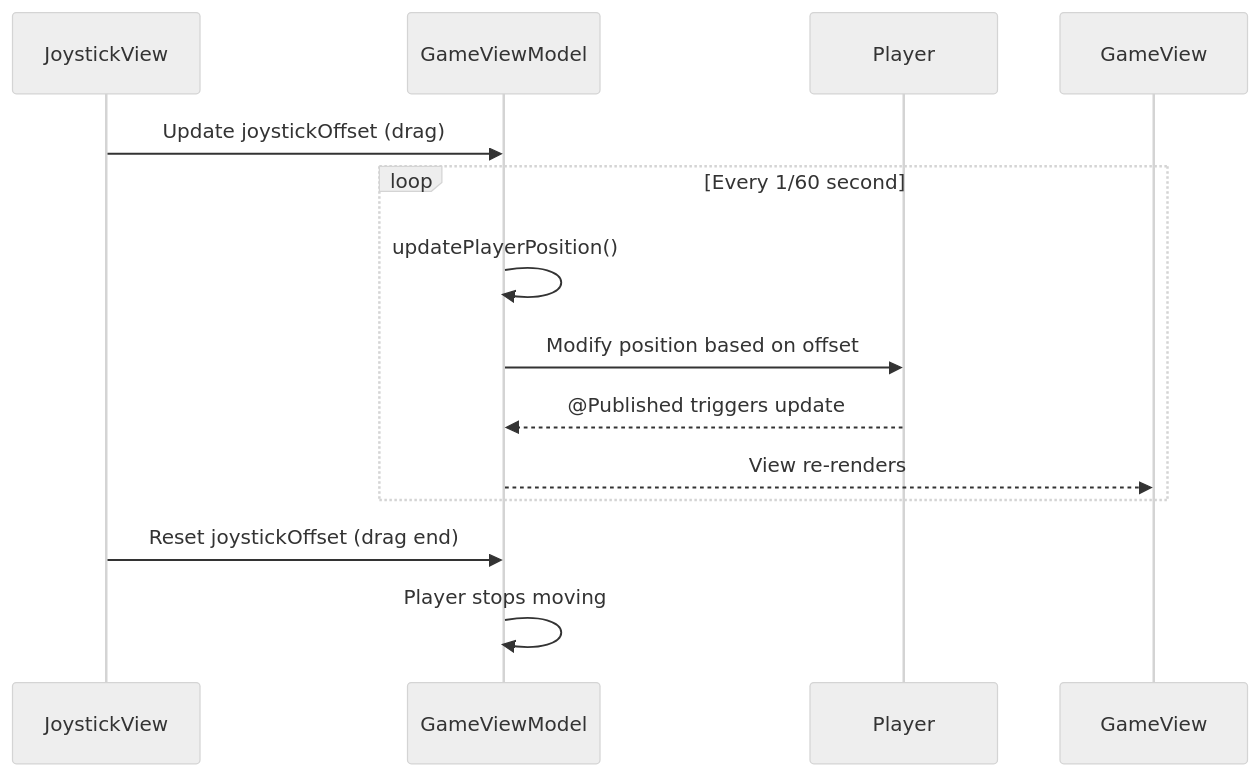
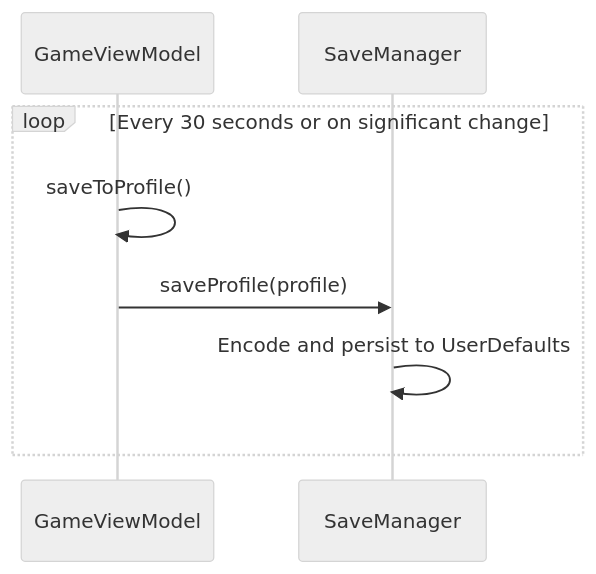
The fourth of 4 diagrams in docs/.specs/design.md (cadenclaussen/driftwood), drawn with Mermaid (neutral theme) before and after one commit. The commit also changed other lines of this file and 15 other files, not shown here.

First line of the commit message:
Add main menu with 3 save profile slots and auto-save system

````diff
--- a/docs/.specs/design.md
+++ b/docs/.specs/design.md
@@ -111,17 +224,11 @@
 ```mermaid
 sequenceDiagram
-    participant J as JoystickView
     participant GVM as GameViewModel
-    participant P as Player
-    participant GV as GameView
+    participant SM as SaveManager
 
-    J->>GVM: Update joystickOffset (drag)
-    loop Every 1/60 second
-        GVM->>GVM: updatePlayerPosition()
-        GVM->>P: Modify position based on offset
-        P-->>GVM: @Published triggers update
-        GVM-->>GV: View re-renders
+    loop Every 30 seconds or on significant change
+        GVM->>GVM: saveToProfile()
+        GVM->>SM: saveProfile(profile)
+        SM->>SM: Encode and persist to UserDefaults
     end
-    J->>GVM: Reset joystickOffset (drag end)
-    GVM->>GVM: Player stops moving
 ```
````
